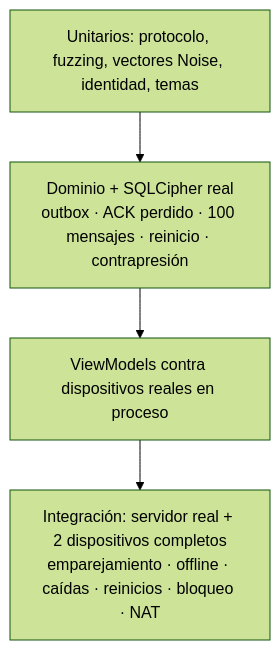
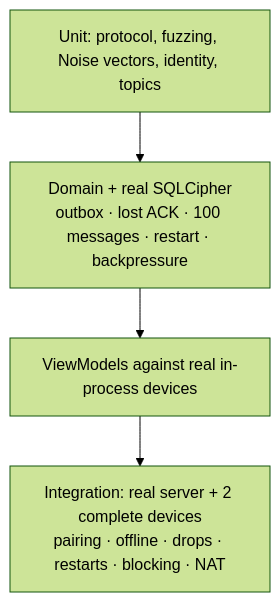
Before and after one commit to fsoftt/Murmur: the diagram in website/guide/testing.md, drawn with Mermaid (forest theme). The commit also changed other lines of this file and 51 other files, not shown here.

````diff
--- a/website/guide/testing.md
+++ b/website/guide/testing.md
@@ -3,8 +3,8 @@
 ```mermaid
 flowchart TB
-    E2E["Integración: servidor real + 2 dispositivos completos<br/>emparejamiento · offline · caídas · reinicios · bloqueo · NAT"]
-    VM["ViewModels contra dispositivos reales en proceso"]
-    CORE["Dominio + SQLCipher real<br/>outbox · ACK perdido · 100 mensajes · reinicio · contrapresión"]
-    UNIT["Unitarios: protocolo, fuzzing, vectores Noise, identidad, temas"]
+    E2E["Integration: real server + 2 complete devices<br/>pairing · offline · drops · restarts · blocking · NAT"]
+    VM["ViewModels against real in-process devices"]
+    CORE["Domain + real SQLCipher<br/>outbox · lost ACK · 100 messages · restart · backpressure"]
+    UNIT["Unit: protocol, fuzzing, Noise vectors, identity, topics"]
     UNIT --> CORE --> VM --> E2E
 ```
````
